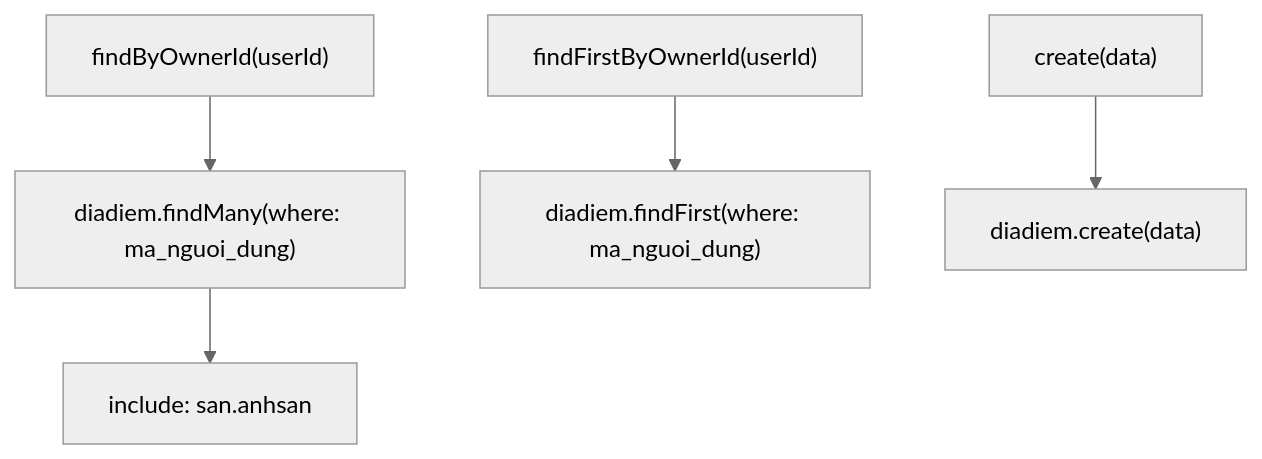
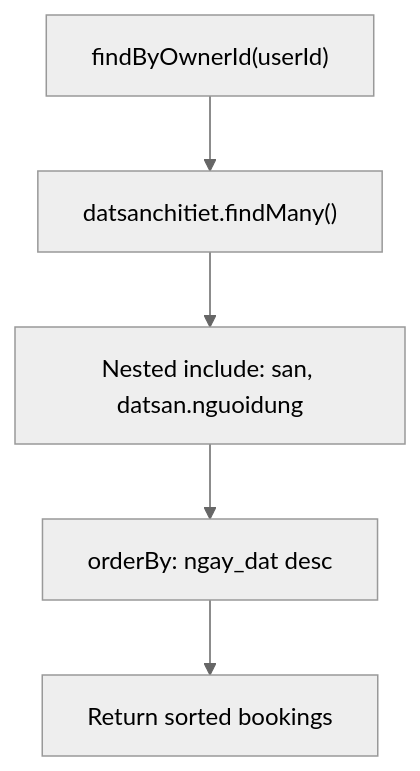
Before and after one commit to nguyencongtrung2001/Do-An: the eighth of 11 diagrams in .qoder/repowiki/en/content/Backend Architecture/Data Access Layer.md, drawn with Mermaid (neutral theme). The commit also changed other lines of this file and 12 other files, not shown here.

````diff
--- a/.qoder/repowiki/en/content/Backend Architecture/Data Access Layer.md
+++ b/.qoder/repowiki/en/content/Backend Architecture/Data Access Layer.md
@@ -410,7 +423,7 @@
 ```mermaid
 flowchart TD
-A["findByOwnerId(userId)"] --> B["diadiem.findMany(where: ma_nguoi_dung)"]
-B --> C["include: san.anhsan"]
-D["findFirstByOwnerId(userId)"] --> E["diadiem.findFirst(where: ma_nguoi_dung)"]
-F["create(data)"] --> G["diadiem.create(data)"]
+A["findByOwnerId(userId)"] --> B["datsanchitiet.findMany()"]
+B --> C["Nested include: san, datsan.nguoidung"]
+C --> D["orderBy: ngay_dat desc"]
+D --> E["Return sorted bookings"]
 ```
````
